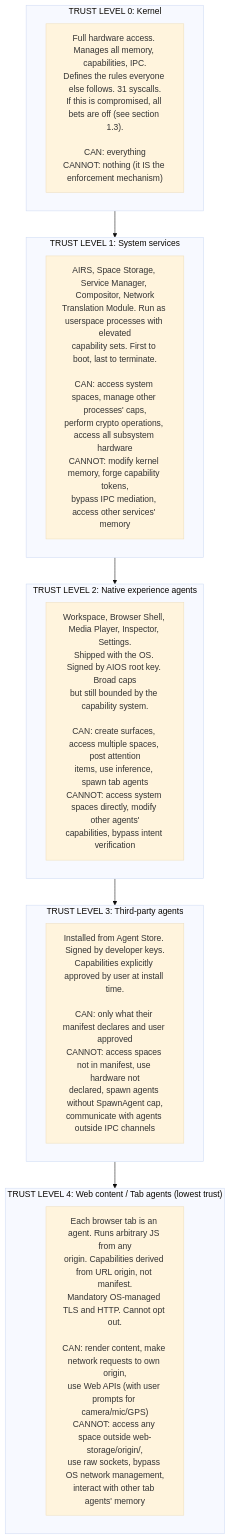
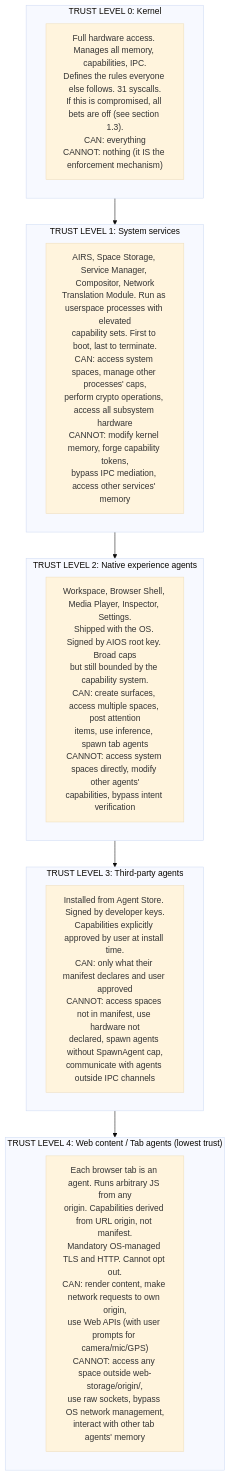
Before and after one commit to juslee/aios: the first of 15 diagrams in docs/security/security.md, drawn with Mermaid (base theme). The commit also changed other lines of this file and 24 other files, not shown here.

First line of the commit message:
Upgrade all 132 Mermaid diagrams to v11 syntax across 25 docs

````diff
--- a/docs/security/security.md
+++ b/docs/security/security.md
@@ -34,20 +34,53 @@
 ```mermaid
-graph TD
+flowchart TD
     subgraph TL0["TRUST LEVEL 0: Kernel"]
-        TL0_desc["Full hardware access. Manages all memory, capabilities, IPC.<br/>Defines the rules everyone else follows. 31 syscalls.<br/>If this is compromised, all bets are off (see section 1.3).<br/><br/>CAN: everything<br/>CANNOT: nothing (it IS the enforcement mechanism)"]
+        TL0_desc["`Full hardware access. Manages all memory, capabilities, IPC.
+Defines the rules everyone else follows. 31 syscalls.
+If this is compromised, all bets are off (see section 1.3).
+
+CAN: everything
+CANNOT: nothing (it IS the enforcement mechanism)`"]
     end
     subgraph TL1["TRUST LEVEL 1: System services"]
-        TL1_desc["AIRS, Space Storage, Service Manager, Compositor, Network<br/>Translation Module. Run as userspace processes with elevated<br/>capability sets. First to boot, last to terminate.<br/><br/>CAN: access system spaces, manage other processes' caps,<br/>perform crypto operations, access all subsystem hardware<br/>CANNOT: modify kernel memory, forge capability tokens,<br/>bypass IPC mediation, access other services' memory"]
+        TL1_desc["`AIRS, Space Storage, Service Manager, Compositor, Network
+Translation Module. Run as userspace processes with elevated
+capability sets. First to boot, last to terminate.
+
+CAN: access system spaces, manage other processes' caps,
+perform crypto operations, access all subsystem hardware
+CANNOT: modify kernel memory, forge capability tokens,
+bypass IPC mediation, access other services' memory`"]
     end
     subgraph TL2["TRUST LEVEL 2: Native experience agents"]
-        TL2_desc["Workspace, Browser Shell, Media Player, Inspector, Settings.<br/>Shipped with the OS. Signed by AIOS root key. Broad caps<br/>but still bounded by the capability system.<br/><br/>CAN: create surfaces, access multiple spaces, post attention<br/>items, use inference, spawn tab agents<br/>CANNOT: access system spaces directly, modify other agents'<br/>capabilities, bypass intent verification"]
+        TL2_desc["`Workspace, Browser Shell, Media Player, Inspector, Settings.
+Shipped with the OS. Signed by AIOS root key. Broad caps
+but still bounded by the capability system.
+
+CAN: create surfaces, access multiple spaces, post attention
+items, use inference, spawn tab agents
+CANNOT: access system spaces directly, modify other agents'
+capabilities, bypass intent verification`"]
     end
     subgraph TL3["TRUST LEVEL 3: Third-party agents"]
-        TL3_desc["Installed from Agent Store. Signed by developer keys.<br/>Capabilities explicitly approved by user at install time.<br/><br/>CAN: only what their manifest declares and user approved<br/>CANNOT: access spaces not in manifest, use hardware not<br/>declared, spawn agents without SpawnAgent cap,<br/>communicate with agents outside IPC channels"]
+        TL3_desc["`Installed from Agent Store. Signed by developer keys.
+Capabilities explicitly approved by user at install time.
+
+CAN: only what their manifest declares and user approved
+CANNOT: access spaces not in manifest, use hardware not
+declared, spawn agents without SpawnAgent cap,
+communicate with agents outside IPC channels`"]
     end
     subgraph TL4["TRUST LEVEL 4: Web content / Tab agents (lowest trust)"]
-        TL4_desc["Each browser tab is an agent. Runs arbitrary JS from any<br/>origin. Capabilities derived from URL origin, not manifest.<br/>Mandatory OS-managed TLS and HTTP. Cannot opt out.<br/><br/>CAN: render content, make network requests to own origin,<br/>use Web APIs (with user prompts for camera/mic/GPS)<br/>CANNOT: access any space outside web-storage/origin/,<br/>use raw sockets, bypass OS network management,<br/>interact with other tab agents' memory"]
+        TL4_desc["`Each browser tab is an agent. Runs arbitrary JS from any
+origin. Capabilities derived from URL origin, not manifest.
+Mandatory OS-managed TLS and HTTP. Cannot opt out.
+
+CAN: render content, make network requests to own origin,
+use Web APIs (with user prompts for camera/mic/GPS)
+CANNOT: access any space outside web-storage/origin/,
+use raw sockets, bypass OS network management,
+interact with other tab agents' memory`"]
     end
 
     TL0 --> TL1 --> TL2 --> TL3 --> TL4
 ```
````
